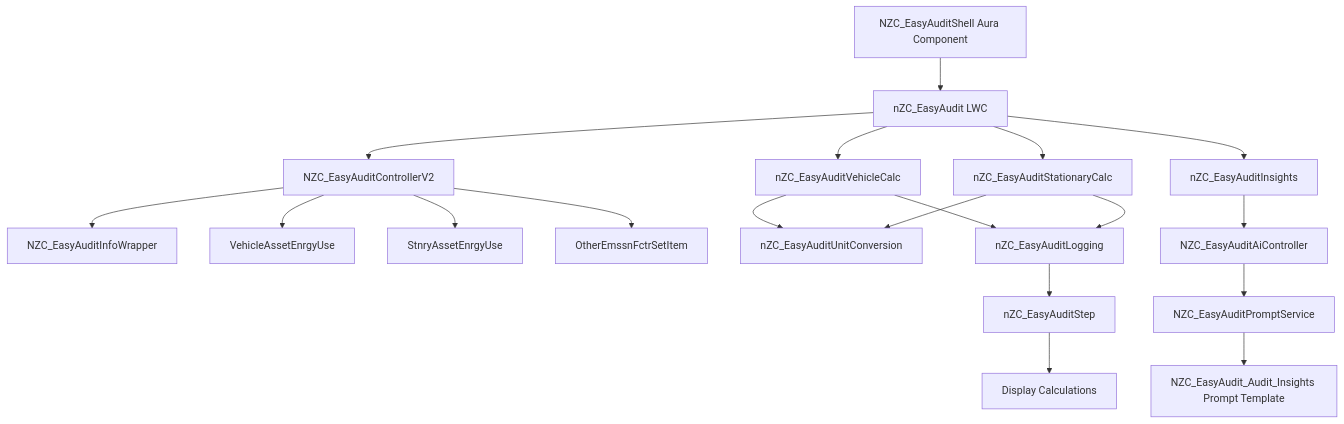
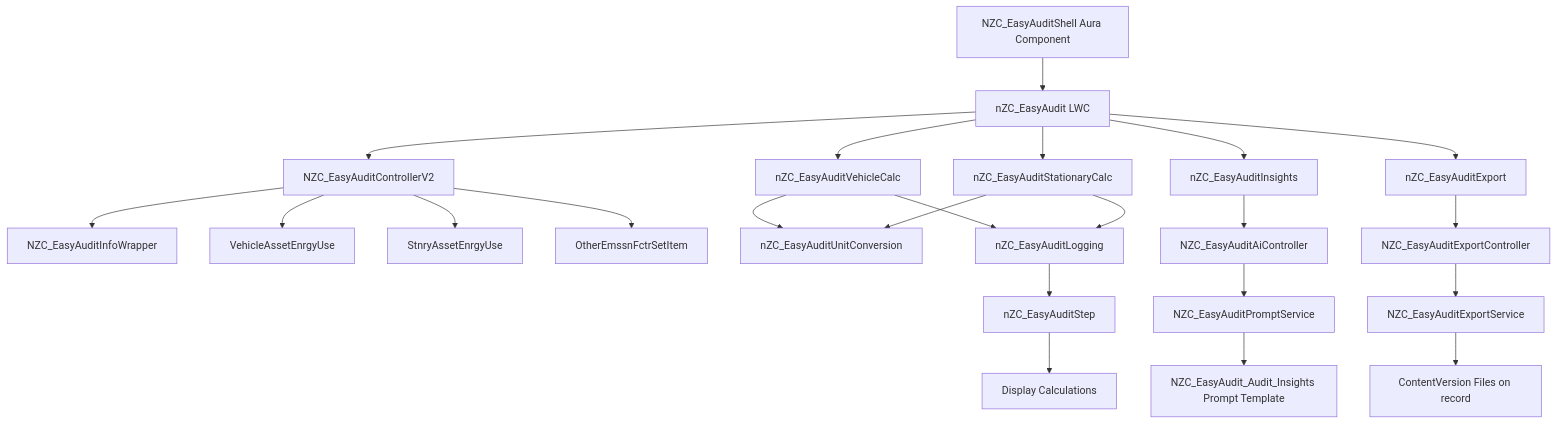
One commit to salesforce-misc/NZC-EasyAudit changed the diagram in README.md. Above: the diagram before and after it, drawn with Mermaid. The commit also changed other lines of this file and 36 other files, not shown here.

First line of the commit message:
Add EasyAudit file export, Home sample export, and upstream deploy docs.

````diff
--- a/README.md
+++ b/README.md
@@ -225,21 +285,25 @@
 ```mermaid
 graph TB
     A[NZC_EasyAuditShell Aura Component] --> B[nZC_EasyAudit LWC]
     B --> C[NZC_EasyAuditControllerV2]
     C --> D[NZC_EasyAuditInfoWrapper]
     C --> E[VehicleAssetEnrgyUse]
     C --> F[StnryAssetEnrgyUse]
     C --> G[OtherEmssnFctrSetItem]
     B --> H[nZC_EasyAuditVehicleCalc]
     B --> I[nZC_EasyAuditStationaryCalc]
     H --> J[nZC_EasyAuditUnitConversion]
     I --> J
     H --> K[nZC_EasyAuditLogging]
     I --> K
     K --> L[nZC_EasyAuditStep]
     L --> M[Display Calculations]
     B --> N[nZC_EasyAuditInsights]
     N --> O[NZC_EasyAuditAiController]
     O --> P[NZC_EasyAuditPromptService]
     P --> Q[NZC_EasyAudit_Audit_Insights Prompt Template]
+    B --> R[nZC_EasyAuditExport]
+    R --> S[NZC_EasyAuditExportController]
+    S --> T[NZC_EasyAuditExportService]
+    T --> U[ContentVersion Files on record]
 ```
````
